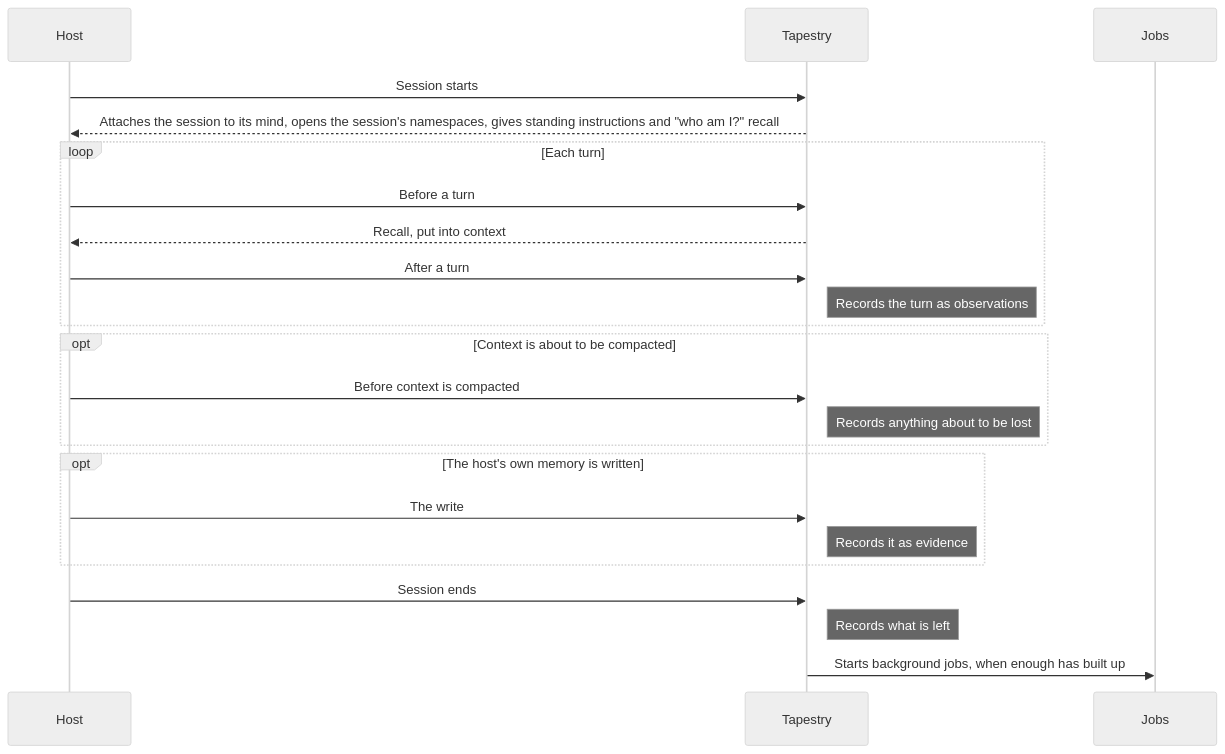
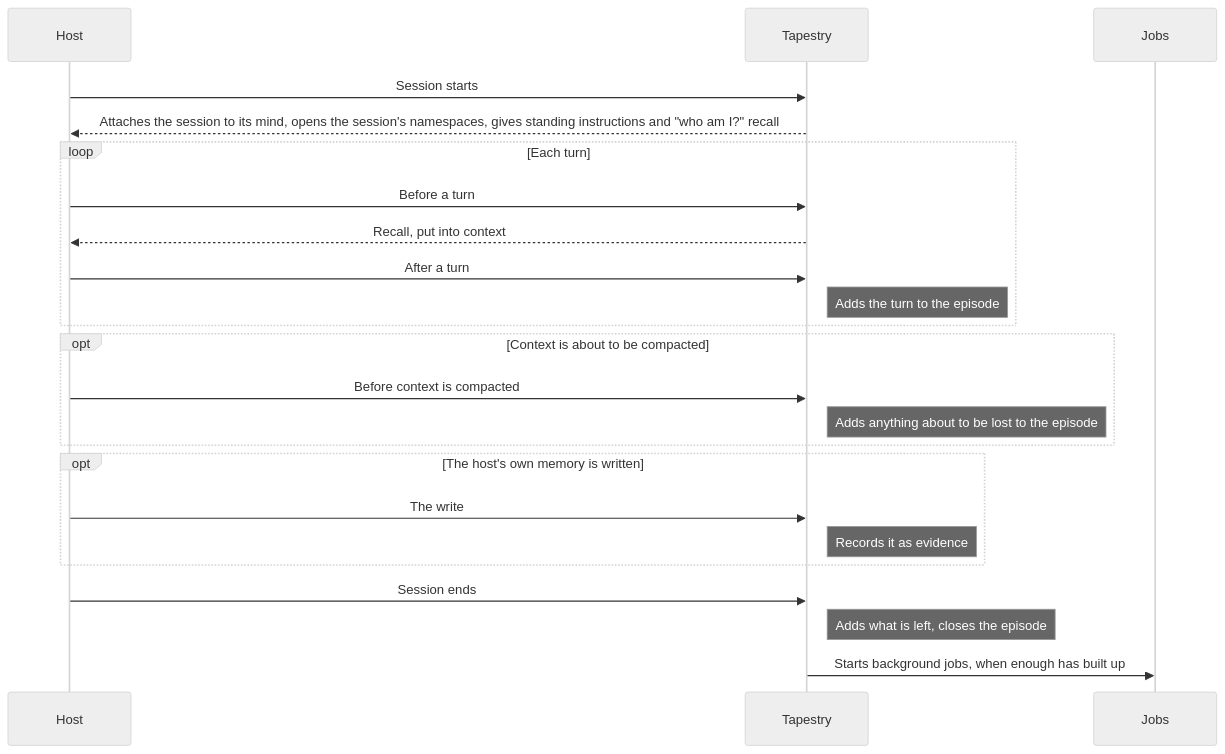
The diagram in docs/interfaces/HOOKS.md (willregelmann/tapestry), drawn with Mermaid (neutral theme) before and after one commit. The commit also changed other lines of this file and 11 other files, not shown here.

````diff
--- a/docs/interfaces/HOOKS.md
+++ b/docs/interfaces/HOOKS.md
@@ -16,25 +16,25 @@
 ```mermaid
 sequenceDiagram
     participant H as Host
     participant T as Tapestry
     participant J as Jobs
     H->>T: Session starts
     T-->>H: Attaches the session to its mind, opens the session's namespaces, gives standing instructions and "who am I?" recall
     loop Each turn
         H->>T: Before a turn
         T-->>H: Recall, put into context
         H->>T: After a turn
-        Note right of T: Records the turn as observations
+        Note right of T: Adds the turn to the episode
     end
     opt Context is about to be compacted
         H->>T: Before context is compacted
-        Note right of T: Records anything about to be lost
+        Note right of T: Adds anything about to be lost to the episode
     end
     opt The host's own memory is written
         H->>T: The write
         Note right of T: Records it as evidence
     end
     H->>T: Session ends
-    Note right of T: Records what is left
+    Note right of T: Adds what is left, closes the episode
     T->>J: Starts background jobs, when enough has built up
 ```
````
